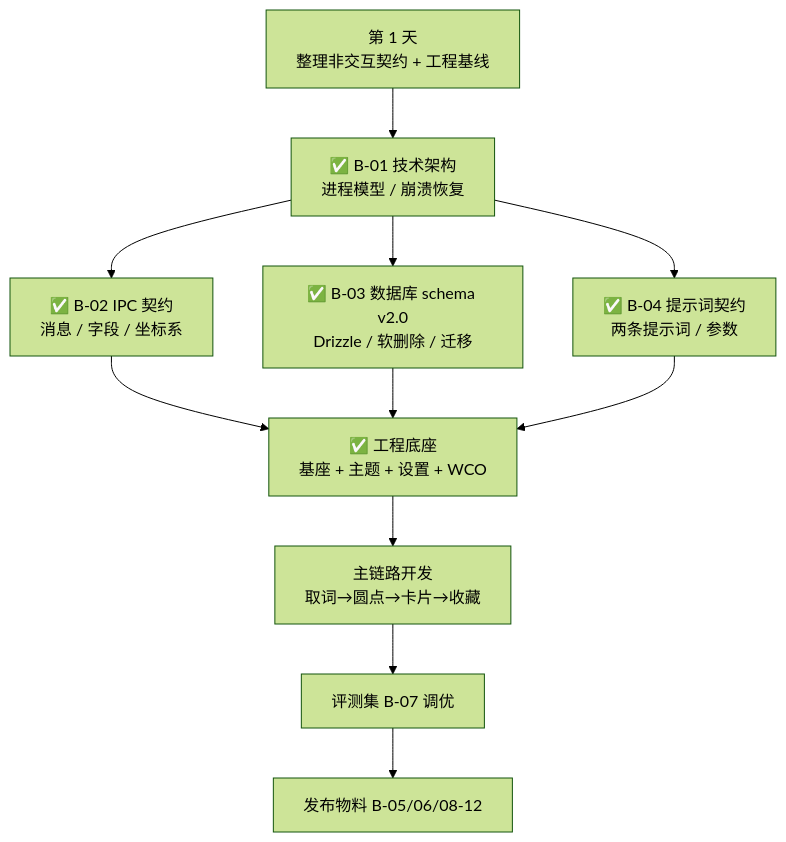
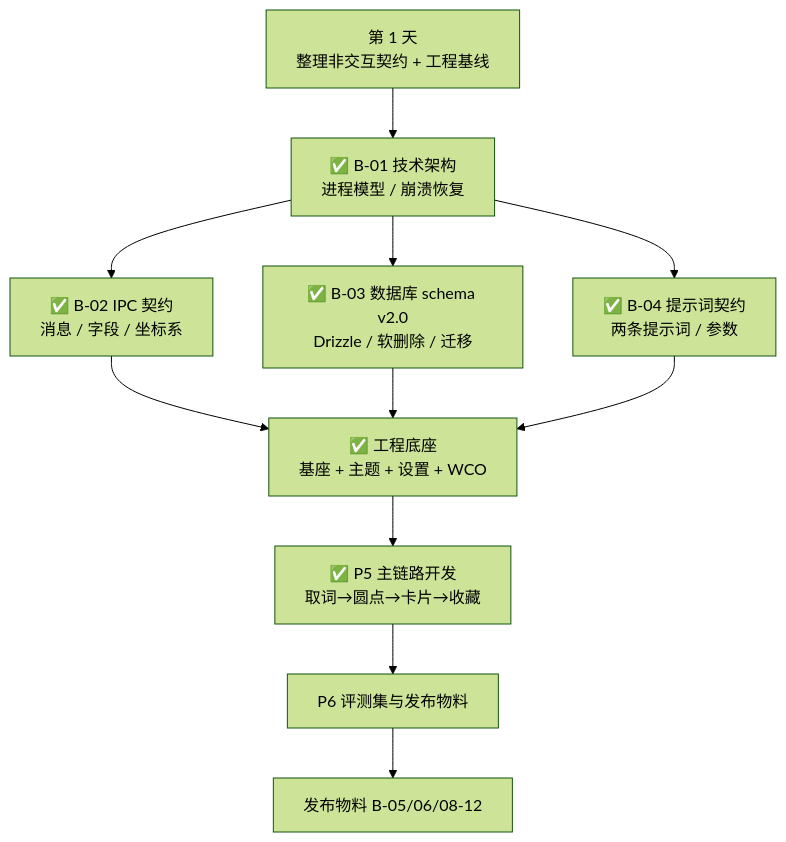
The diagram in docs/progress-checklist.md (BanShan-Alec/Snapword), drawn with Mermaid (forest theme) before and after one commit. The commit also changed other lines of this file and 1 other file, not shown here.

````diff
--- a/docs/progress-checklist.md
+++ b/docs/progress-checklist.md
@@ -201,13 +199,13 @@
 ```mermaid
 flowchart TD
     A["第 1 天<br/>整理非交互契约 + 工程基线"] --> B["✅ B-01 技术架构<br/>进程模型 / 崩溃恢复"]
     B --> C["✅ B-02 IPC 契约<br/>消息 / 字段 / 坐标系"]
     B --> D["✅ B-03 数据库 schema v2.0<br/>Drizzle / 软删除 / 迁移"]
     B --> E["✅ B-04 提示词契约<br/>两条提示词 / 参数"]
     C --> H["✅ 工程底座<br/>基座 + 主题 + 设置 + WCO"]
     D --> H
     E --> H
-    H --> I["主链路开发<br/>取词→圆点→卡片→收藏"]
-    I --> J["评测集 B-07 调优"]
+    H --> I["✅ P5 主链路开发<br/>取词→圆点→卡片→收藏"]
+    I --> J["P6 评测集与发布物料"]
     J --> K["发布物料 B-05/06/08-12"]
 ```
````
